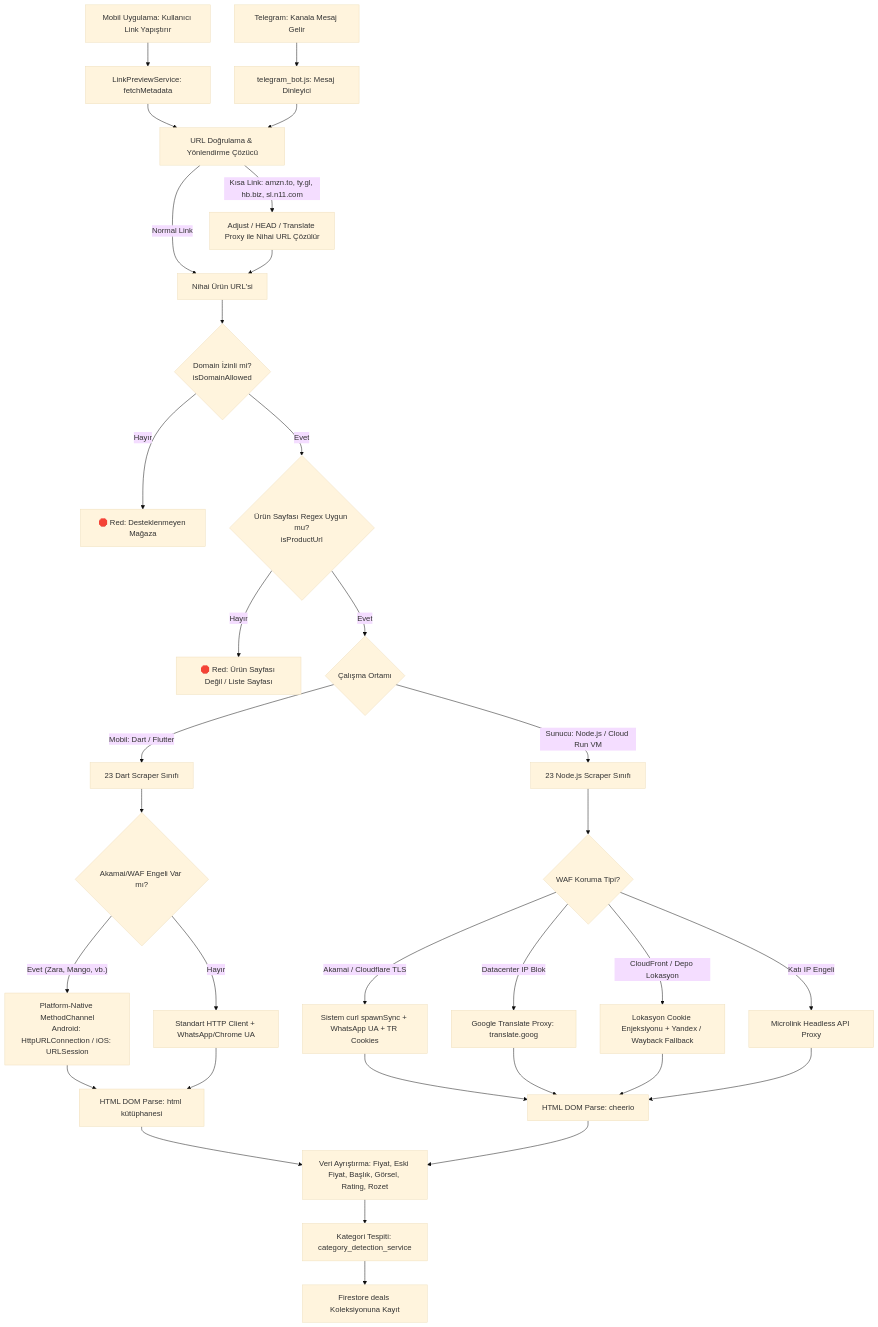
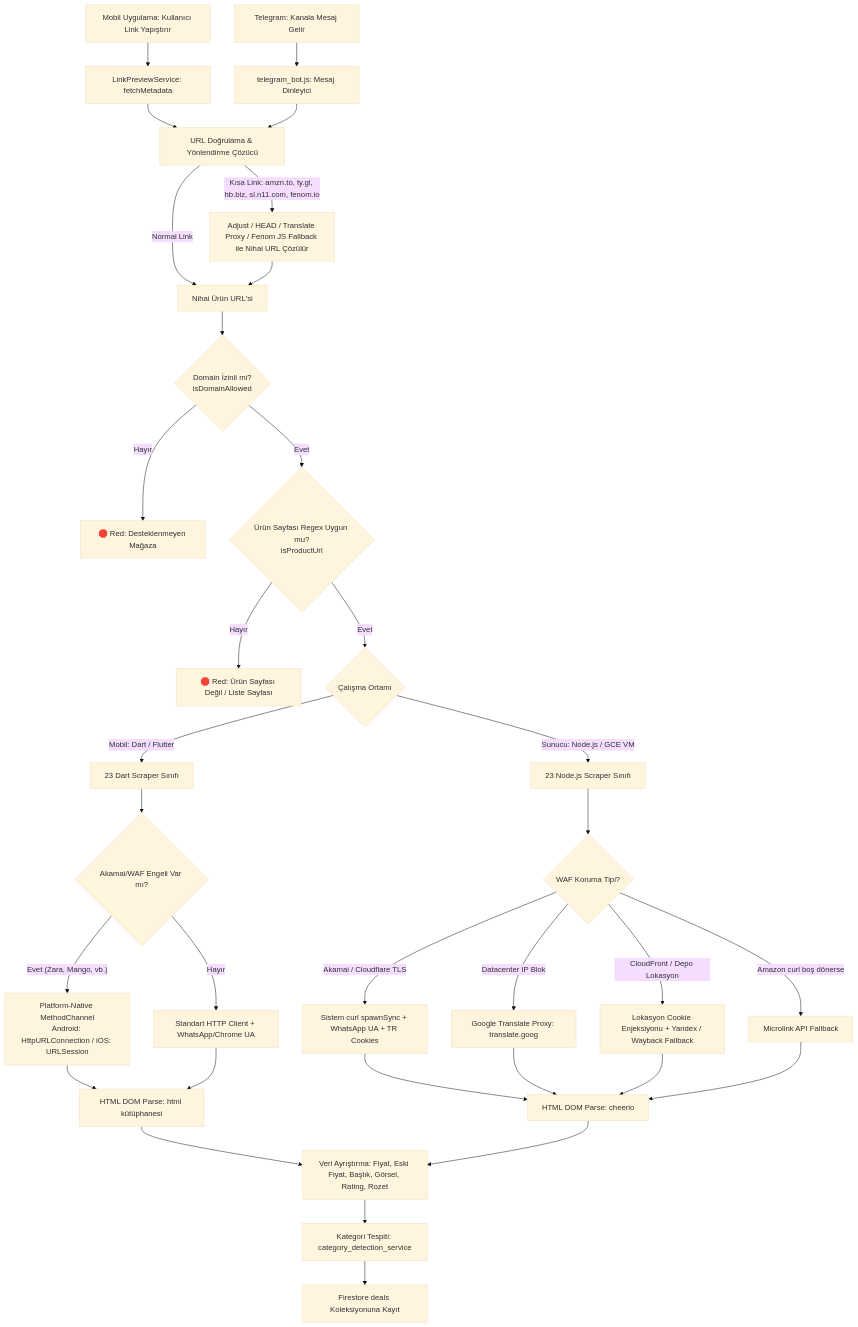
Before and after one commit to gky61/s-cak-f-rsatlar: the diagram in documentation/scraping-ve-botlar/scraping_mimarisi_rehberi.md, drawn with Mermaid (base theme). The commit also changed other lines of this file and 5 other files, not shown here.

````diff
--- a/documentation/scraping-ve-botlar/scraping_mimarisi_rehberi.md
+++ b/documentation/scraping-ve-botlar/scraping_mimarisi_rehberi.md
@@ -38,49 +38,49 @@
 ```mermaid
 graph TD
     %% Giriş Noktaları
     A1[Mobil Uygulama: Kullanıcı Link Yapıştırır] --> B1[LinkPreviewService: fetchMetadata]
     A2[Telegram: Kanala Mesaj Gelir] --> B2[telegram_bot.js: Mesaj Dinleyici]
     
     %% URL Çözümleme
     B1 --> C[URL Doğrulama & Yönlendirme Çözücü]
     B2 --> C
     
-    C -->|Kısa Link: amzn.to, ty.gl, hb.biz, sl.n11.com| D[Adjust / HEAD / Translate Proxy ile Nihai URL Çözülür]
+    C -->|Kısa Link: amzn.to, ty.gl, hb.biz, sl.n11.com, fenom.io| D[Adjust / HEAD / Translate Proxy / Fenom JS Fallback ile Nihai URL Çözülür]
     C -->|Normal Link| E[Nihai Ürün URL'si]
     D --> E
     
     %% İzin ve Kural Kontrolleri
     E --> F{Domain İzinli mi?\nisDomainAllowed}
     F -- Hayır --> X1[🛑 Red: Desteklenmeyen Mağaza]
     F -- Evet --> G{Ürün Sayfası Regex Uygun mu?\nisProductUrl}
     G -- Hayır --> X2[🛑 Red: Ürün Sayfası Değil / Liste Sayfası]
     
     %% Motor Seçimi
     G -- Evet --> H{Çalışma Ortamı}
     
     %% İstemci Motoru
     H -->|Mobil: Dart / Flutter| I[23 Dart Scraper Sınıfı]
     I --> J{Akamai/WAF Engeli Var mı?}
     J -- Evet (Zara, Mango, vb.) --> K[Platform-Native MethodChannel\nAndroid: HttpURLConnection / iOS: URLSession]
     J -- Hayır --> L[Standart HTTP Client + WhatsApp/Chrome UA]
     K --> M[HTML DOM Parse: html kütüphanesi]
     L --> M
     
     %% Sunucu Motoru
-    H -->|Sunucu: Node.js / Cloud Run VM| N[23 Node.js Scraper Sınıfı]
+    H -->|Sunucu: Node.js / GCE VM| N[23 Node.js Scraper Sınıfı]
     N --> O{WAF Koruma Tipi?}
     O -->|Akamai / Cloudflare TLS| P[Sistem curl spawnSync + WhatsApp UA + TR Cookies]
     O -->|Datacenter IP Blok| Q[Google Translate Proxy: translate.goog]
     O -->|CloudFront / Depo Lokasyon| R[Lokasyon Cookie Enjeksiyonu + Yandex / Wayback Fallback]
-    O -->|Katı IP Engeli| S[Microlink Headless API Proxy]
+    O -->|Amazon curl boş dönerse| S[Microlink API Fallback]
     P --> T[HTML DOM Parse: cheerio]
     Q --> T
     R --> T
     S --> T
     
     %% Ortak Zenginleştirme
     M --> U[Veri Ayrıştırma: Fiyat, Eski Fiyat, Başlık, Görsel, Rating, Rozet]
     T --> U
     U --> V[Kategori Tespiti: category_detection_service]
     V --> W[Firestore deals Koleksiyonuna Kayıt]
 ```
````
